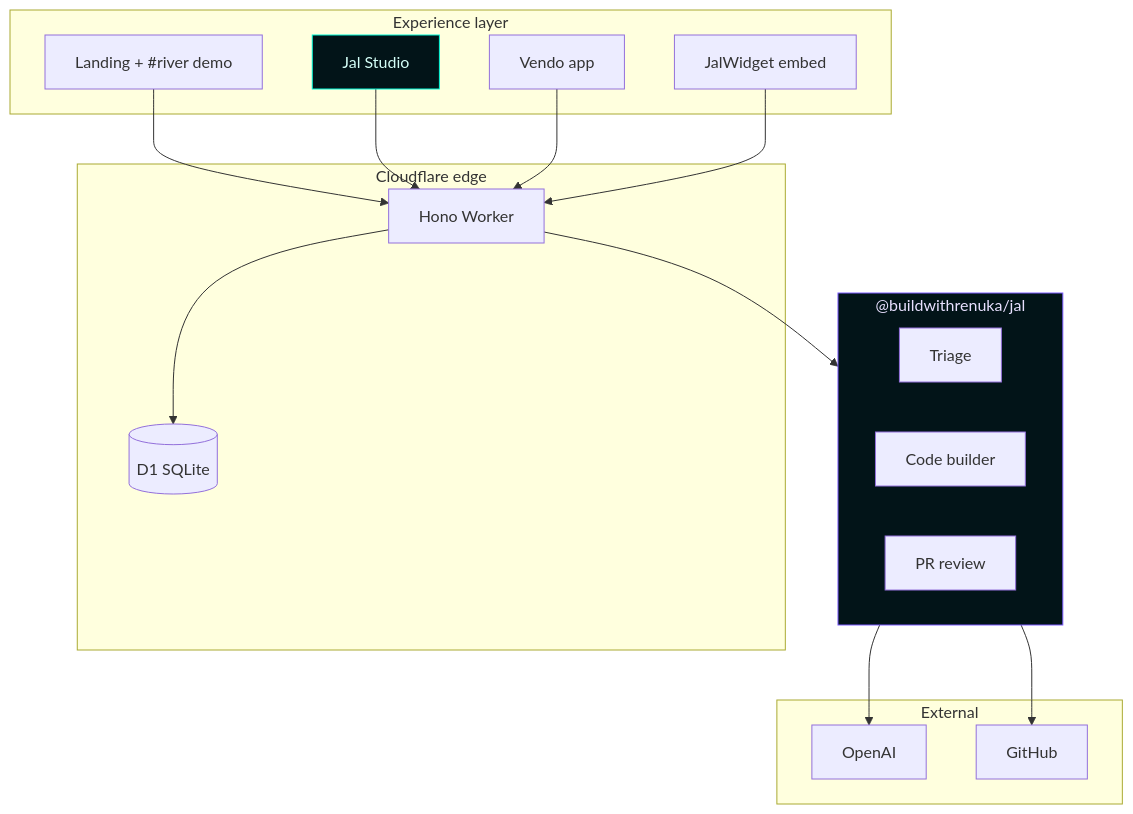
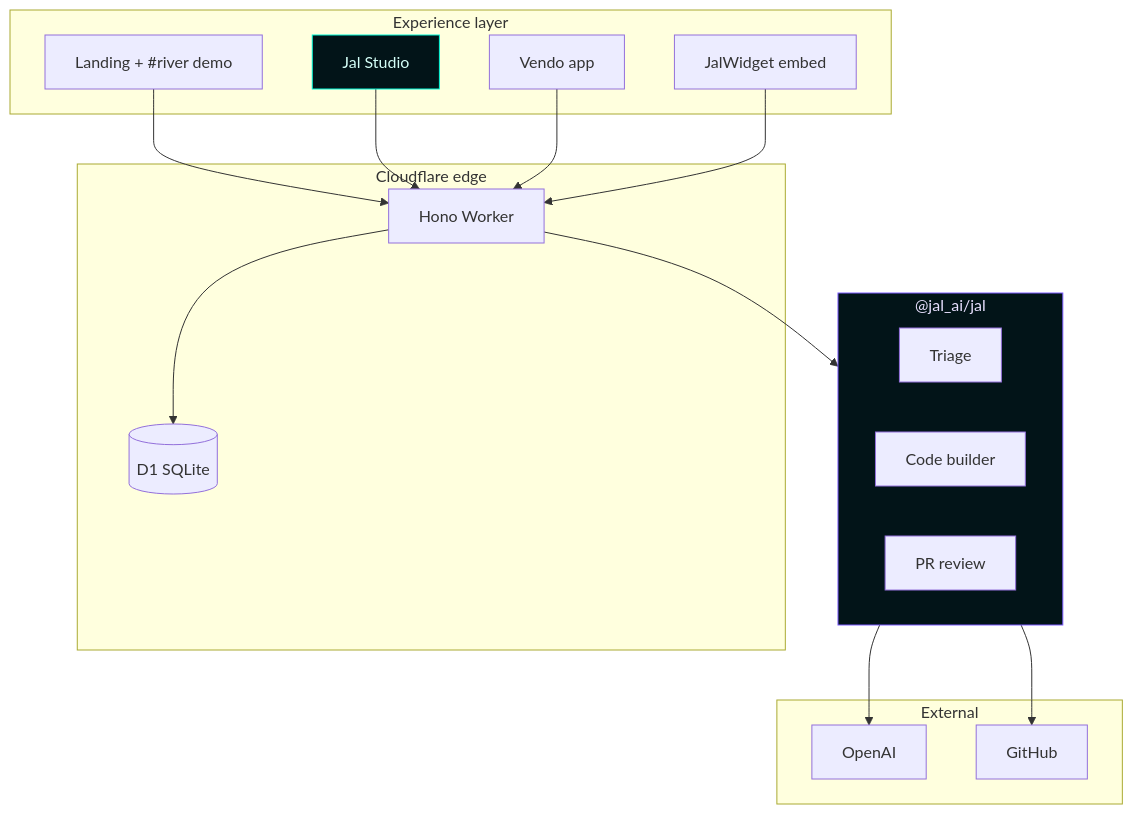
One commit to buildwithrenuka/vendo changed the fourth of 4 diagrams in README.md. Above: the diagram before and after it, drawn with Mermaid. The commit also changed other lines of this file and 30 other files, not shown here.

````diff
--- a/README.md
+++ b/README.md
@@ -313,34 +360,34 @@
 ```mermaid
 flowchart TB
     subgraph Surface["Experience layer"]
         LAND["Landing + #river demo"]
         STU["Jal Studio"]
         VEN["Vendo app"]
         WID["JalWidget embed"]
     end
 
     subgraph Edge["Cloudflare edge"]
         API["Hono Worker"]
         D1[("D1 SQLite")]
     end
 
-    subgraph Brain["@buildwithrenuka/jal"]
+    subgraph Brain["@jal_ai/jal"]
         TRI["Triage"]
         BLDR["Code builder"]
         REV["PR review"]
     end
 
     subgraph World["External"]
         OAI["OpenAI"]
         GH["GitHub"]
     end
 
     LAND & STU & VEN & WID --> API
     API --> D1
     API --> Brain
     Brain --> OAI
     Brain --> GH
 
     style STU fill:#021418,stroke:#00f5d4,color:#d4fff8
     style Brain fill:#021418,stroke:#7c5cff,color:#e8e0ff
 ```
````
